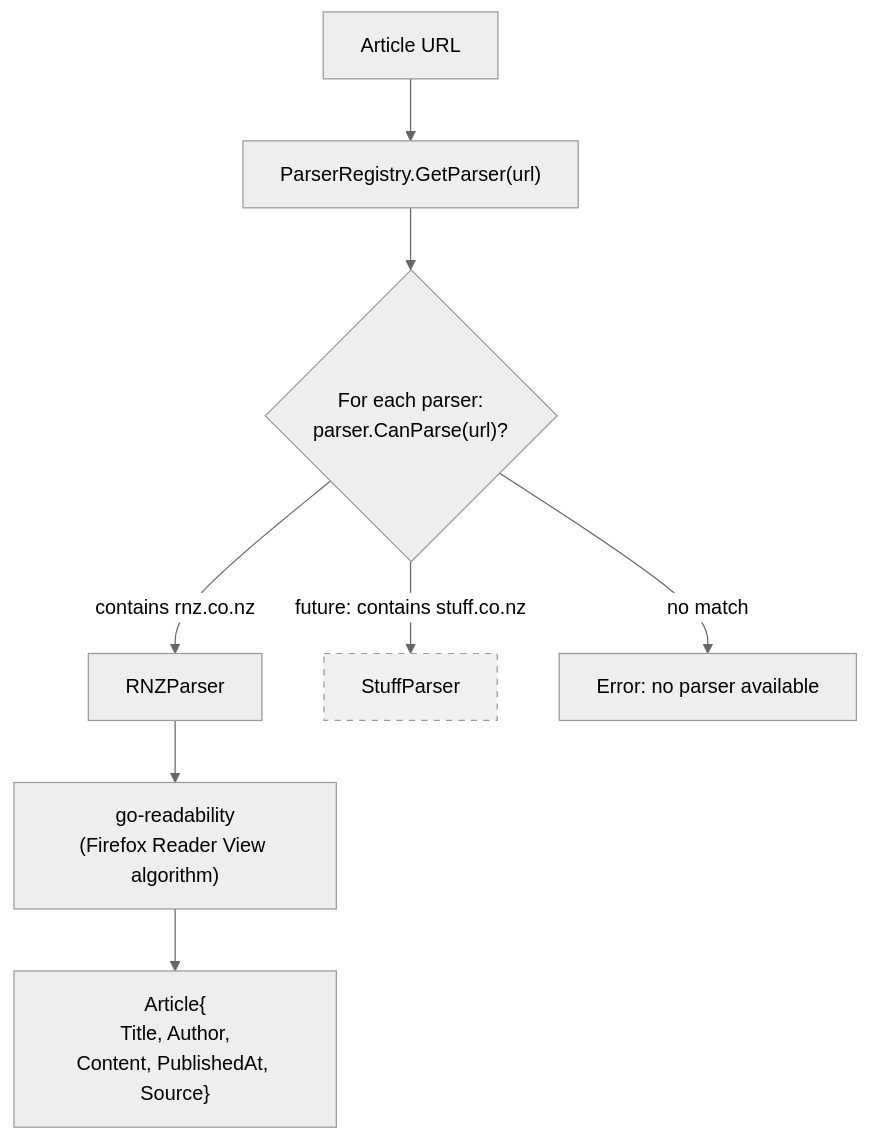
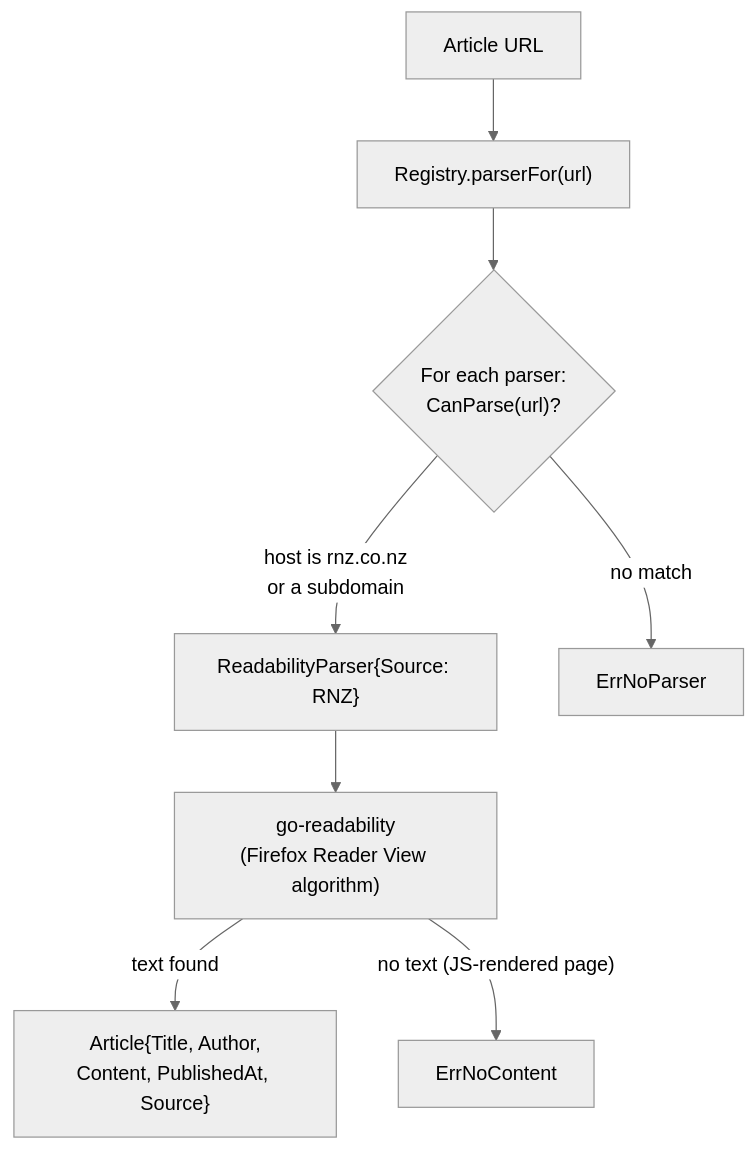
Before and after one commit to kralkapoor/knews: the seventh of 8 diagrams in ARCHITECTURE.md, drawn with Mermaid (neutral theme). The commit also changed other lines of this file and 36 other files, not shown here.

````diff
--- a/ARCHITECTURE.md
+++ b/ARCHITECTURE.md
@@ -468,13 +329,11 @@
 ```mermaid
 graph TB
-    URL["Article URL"] --> Registry["ParserRegistry.GetParser(url)"]
-    Registry --> Loop{"For each parser:<br/>parser.CanParse(url)?"}
-    Loop -->|"contains rnz.co.nz"| RNZ["RNZParser"]
-    Loop -->|"future: contains stuff.co.nz"| Future["StuffParser"]
-    Loop -->|"no match"| Err["Error: no parser available"]
+    URL["Article URL"] --> Registry["Registry.parserFor(url)"]
+    Registry --> Loop{"For each parser:<br/>CanParse(url)?"}
+    Loop -->|"host is rnz.co.nz<br/>or a subdomain"| RNZ["ReadabilityParser{Source: RNZ}"]
+    Loop -->|"no match"| Err["ErrNoParser"]
 
     RNZ --> Readability["go-readability<br/>(Firefox Reader View algorithm)"]
-    Readability --> Article["Article{<br/>Title, Author,<br/>Content, PublishedAt, Source}"]
-
-    style Future fill:#f0f0f0,stroke-dasharray: 5 5
+    Readability -->|"text found"| Article["Article{Title, Author,<br/>Content, PublishedAt, Source}"]
+    Readability -->|"no text (JS-rendered page)"| NoContent["ErrNoContent"]
 ```
````
